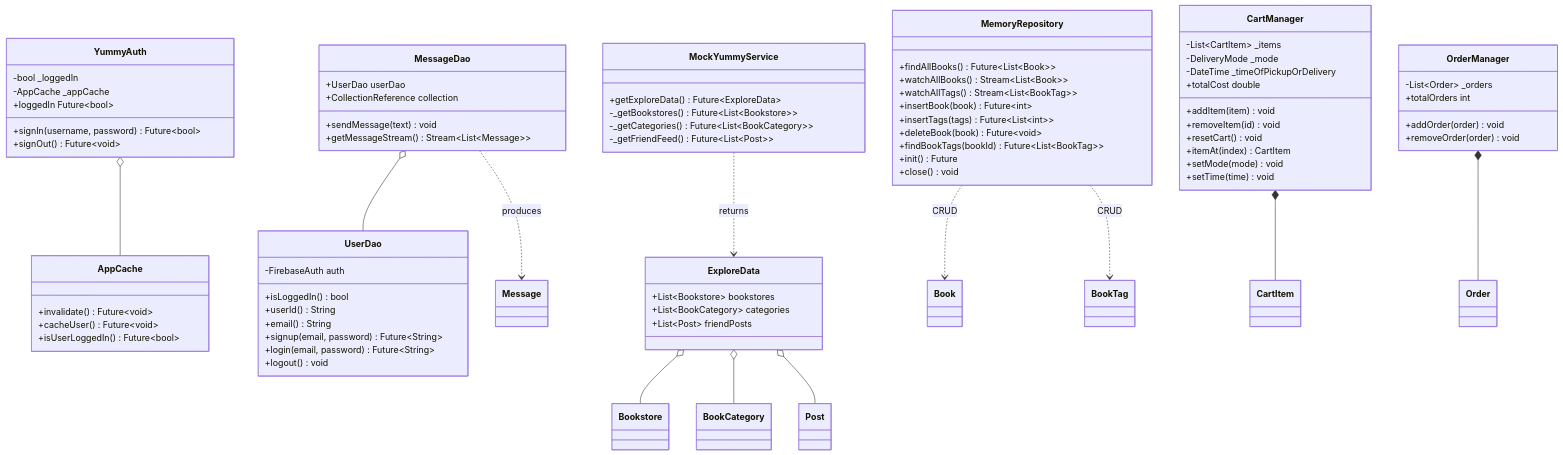
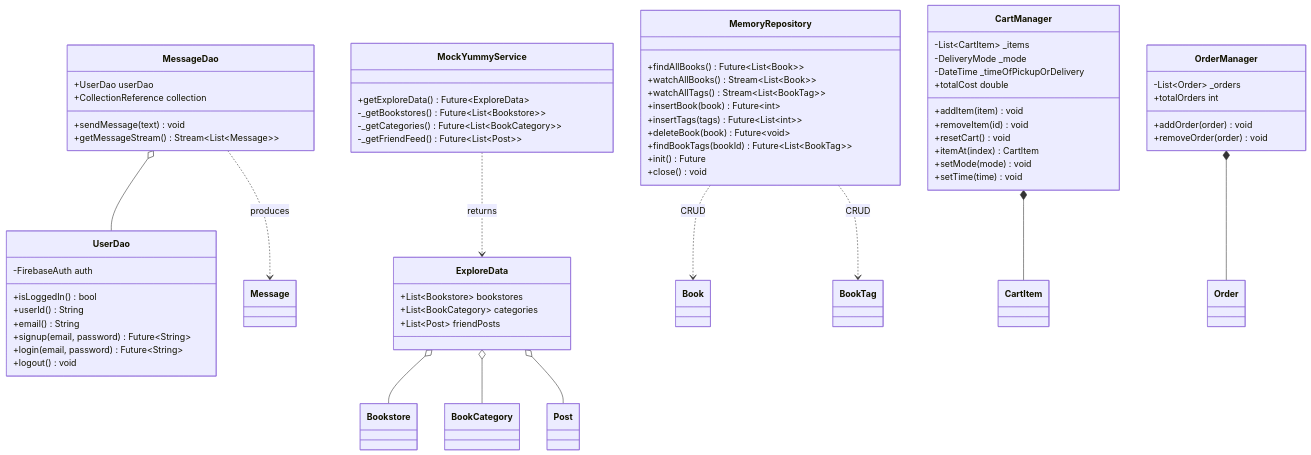
One commit to aidyn2007/Cross-platfor changed the third of 6 diagrams in docs/architecture.md. Above: the diagram before and after it, drawn with Mermaid. The commit also changed other lines of this file and 9 other files, not shown here.

````diff
--- a/docs/architecture.md
+++ b/docs/architecture.md
@@ -218,20 +216,6 @@
 ```mermaid
 classDiagram
     direction TB
-
-    class YummyAuth {
-        -bool _loggedIn
-        -AppCache _appCache
-        +loggedIn Future~bool~
-        +signIn(username, password) Future~bool~
-        +signOut() Future~void~
-    }
-
-    class AppCache {
-        +invalidate() Future~void~
-        +cacheUser() Future~void~
-        +isUserLoggedIn() Future~bool~
-    }
 
     class UserDao {
         -FirebaseAuth auth
@@ -295,7 +279,6 @@
         +List~Post~ friendPosts
     }
 
-    YummyAuth o-- AppCache
     MessageDao o-- UserDao
     MessageDao ..> Message : produces
     MemoryRepository ..> Book : CRUD
````
